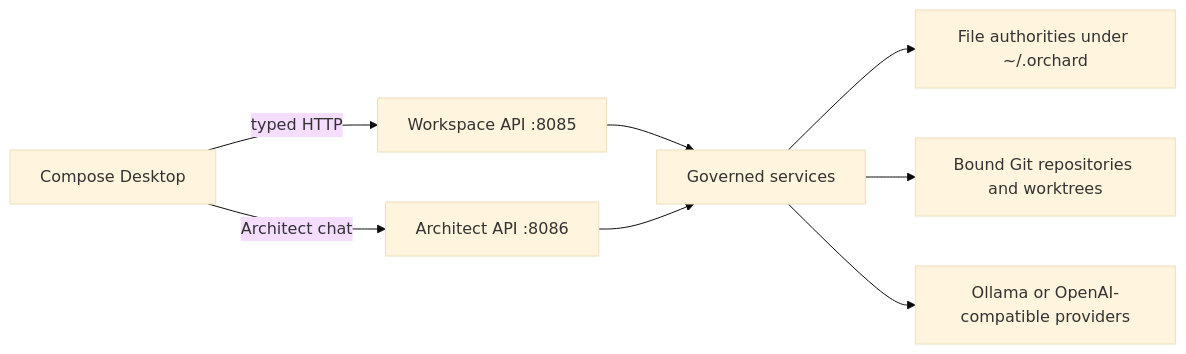
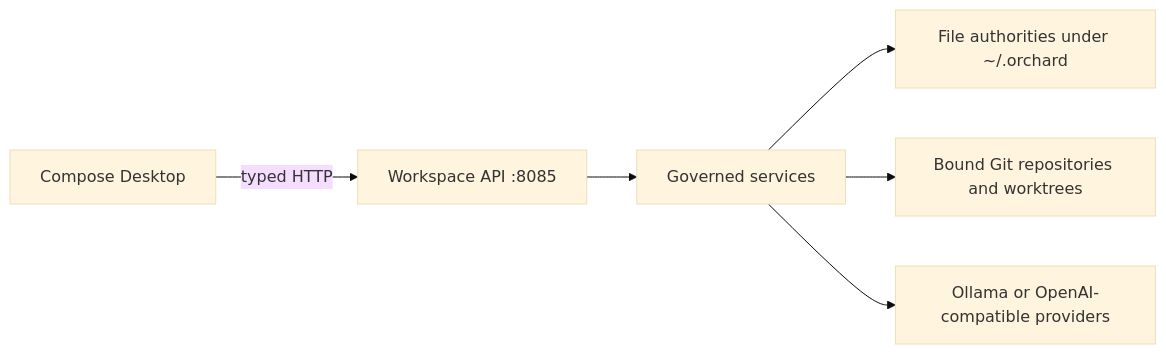
Before and after one commit to alchevrier/orchard: the first of 3 diagrams in docs/developer/architecture.md, drawn with Mermaid (base theme). The commit also changed other lines of this file and 10 other files, not shown here.

````diff
--- a/docs/developer/architecture.md
+++ b/docs/developer/architecture.md
@@ -7,10 +7,8 @@
 ```mermaid
 flowchart LR
     UI[Compose Desktop] -->|typed HTTP| W[Workspace API :8085]
-    UI -->|Architect chat| A[Architect API :8086]
     W --> S[Governed services]
-    A --> S
     S --> P[File authorities under ~/.orchard]
     S --> G[Bound Git repositories and worktrees]
     S --> M[Ollama or OpenAI-compatible providers]
 ```
````
